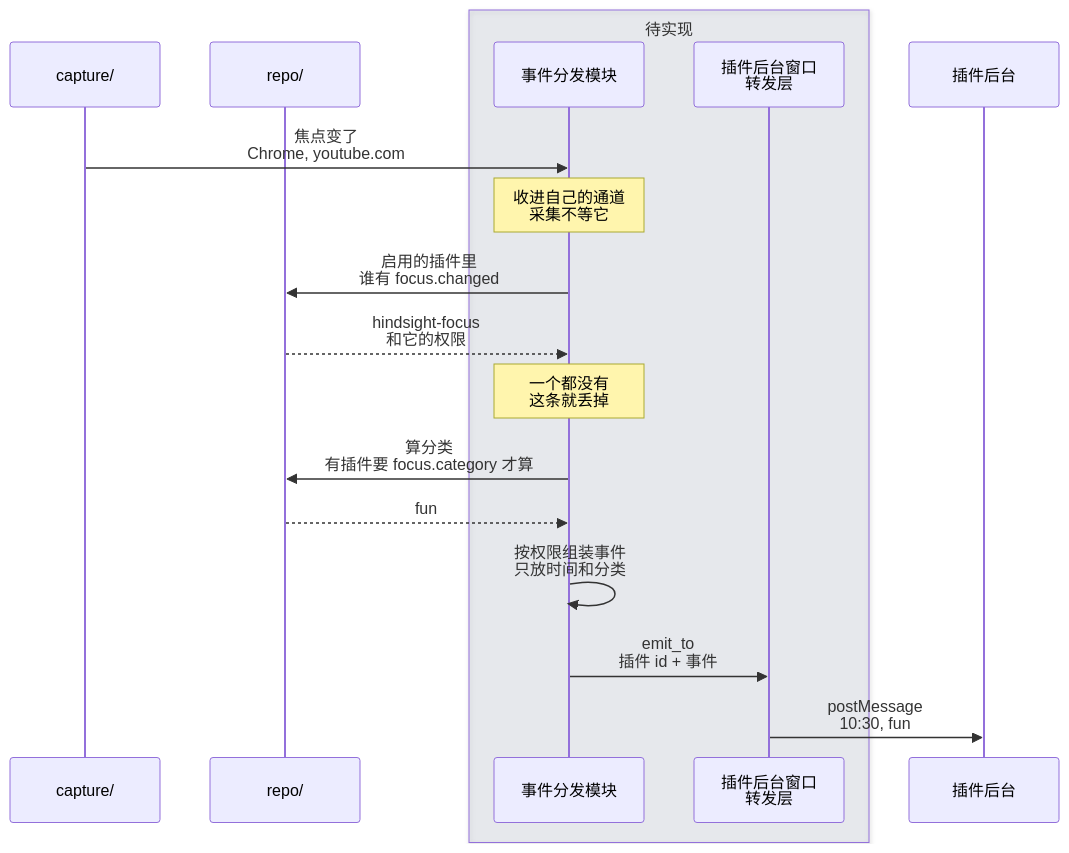
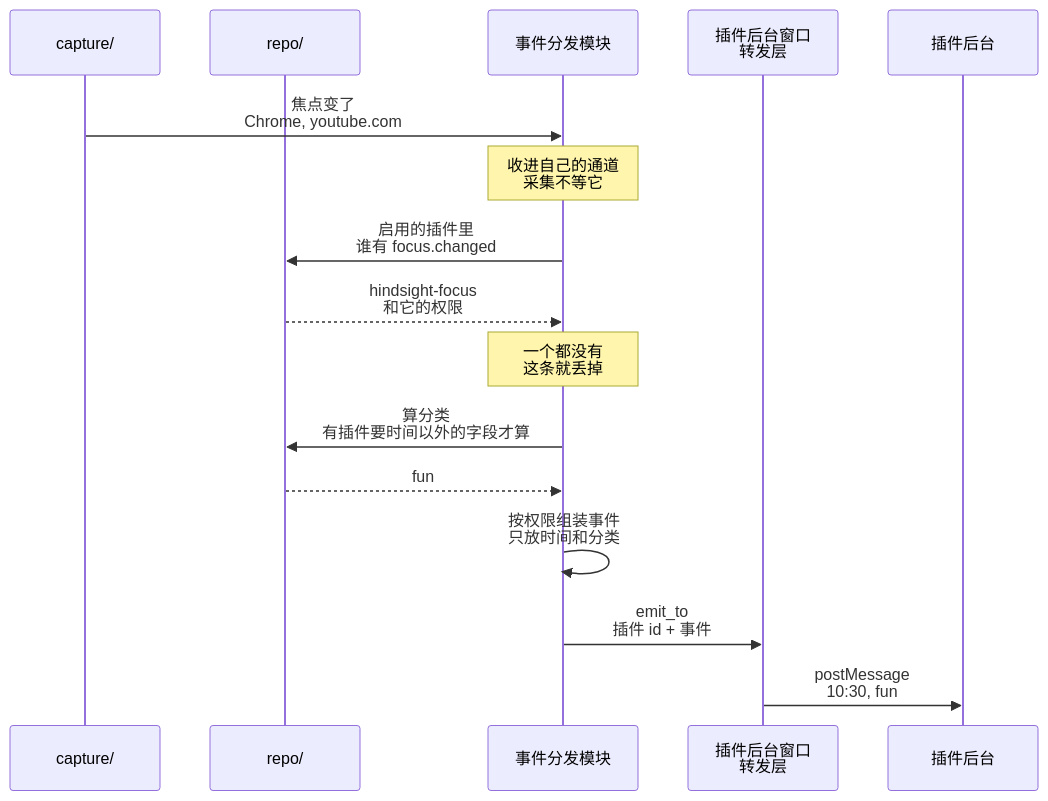
One commit to Tomotsugu-dev/Hindsight changed the diagram in docs/design/plugins/zh/events.md. Above: the diagram before and after it, drawn with Mermaid. The commit also changed other lines of this file and 18 other files, not shown here.

````diff
--- a/docs/design/plugins/zh/events.md
+++ b/docs/design/plugins/zh/events.md
@@ -13,20 +13,18 @@
 ```mermaid
 sequenceDiagram
   participant C as capture/
   participant R as repo/
-  box rgba(148,163,184,0.15) 待实现
-    participant E as 事件分发模块
-    participant H as 插件后台窗口<br/>转发层
-  end
+  participant E as 事件分发模块
+  participant H as 插件后台窗口<br/>转发层
   participant P as 插件后台
   C->>E: 焦点变了<br/>Chrome, youtube.com
   Note over E: 收进自己的通道<br/>采集不等它
   E->>R: 启用的插件里<br/>谁有 focus.changed
   R-->>E: hindsight-focus<br/>和它的权限
   Note over E: 一个都没有<br/>这条就丢掉
-  E->>R: 算分类<br/>有插件要 focus.category 才算
+  E->>R: 算分类<br/>有插件要时间以外的字段才算
   R-->>E: fun
   E->>E: 按权限组装事件<br/>只放时间和分类
   E->>H: emit_to<br/>插件 id + 事件
   H->>P: postMessage<br/>10:30, fun
 ```
````
